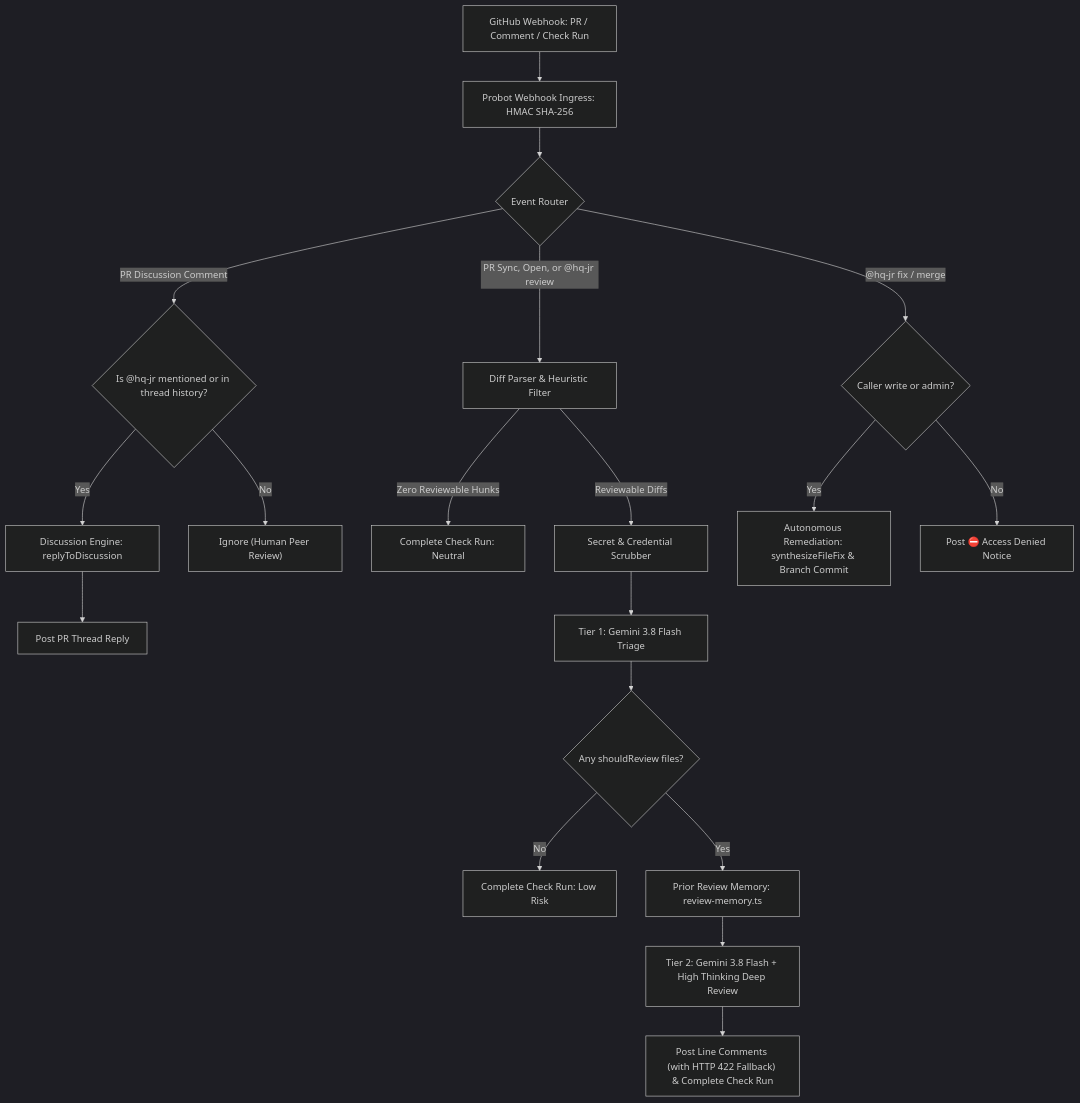
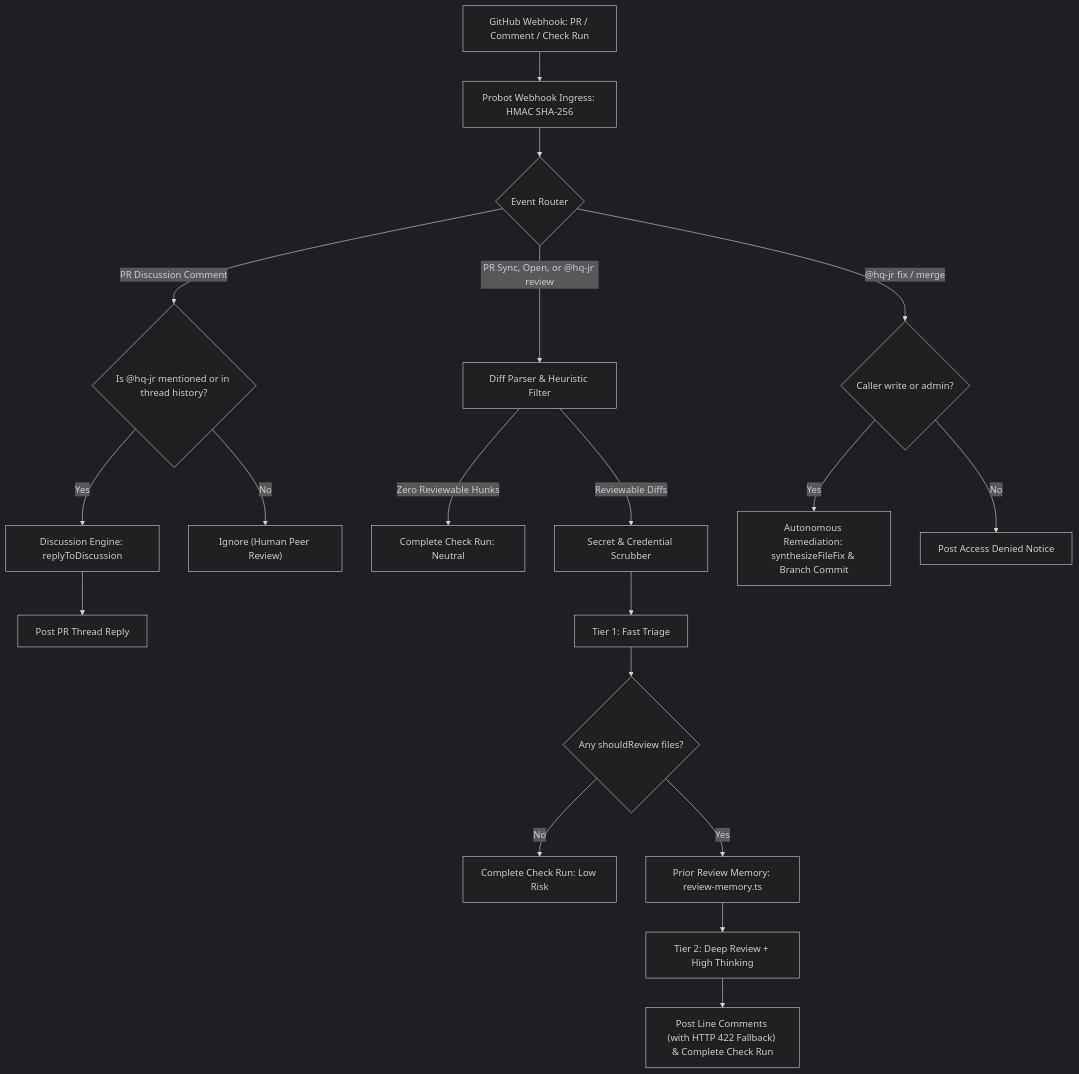
One commit to adi-IL/hq-jr changed the diagram in README.md. Above: the diagram before and after it, drawn with Mermaid (dark theme). The commit also changed other lines of this file and 10 other files, not shown here.

````diff
--- a/README.md
+++ b/README.md
@@ -45,26 +51,26 @@
 ```mermaid
 flowchart TD
     PR["GitHub Webhook: PR / Comment / Check Run"] --> Ingress["Probot Webhook Ingress: HMAC SHA-256"]
     Ingress --> Route{"Event Router"}
     
     Route -->|"PR Discussion Comment"| AntiHijack{"Is @hq-jr mentioned or in thread history?"}
     AntiHijack -->|"Yes"| Disc["Discussion Engine: replyToDiscussion"]
     Disc --> PostReply["Post PR Thread Reply"]
     AntiHijack -->|"No"| Ignore["Ignore (Human Peer Review)"]
     
     Route -->|"PR Sync, Open, or @hq-jr review"| Filter["Diff Parser & Heuristic Filter"]
     Filter -->|"Zero Reviewable Hunks"| FastPass["Complete Check Run: Neutral"]
     Filter -->|"Reviewable Diffs"| Scrubber["Secret & Credential Scrubber"]
-    Scrubber --> Tier1["Tier 1: Gemini 3.8 Flash Triage"]
+    Scrubber --> Tier1["Tier 1: Fast Triage"]
     
     Tier1 --> TriageDecision{"Any shouldReview files?"}
     TriageDecision -->|"No"| LowRiskExit["Complete Check Run: Low Risk"]
     TriageDecision -->|"Yes"| Memory["Prior Review Memory: review-memory.ts"]
-    Memory --> Tier2["Tier 2: Gemini 3.8 Flash + High Thinking Deep Review"]
+    Memory --> Tier2["Tier 2: Deep Review + High Thinking"]
     
     Tier2 --> Output["Post Line Comments (with HTTP 422 Fallback) & Complete Check Run"]
     
     Route -->|"@hq-jr fix / merge"| RBAC{"Caller write or admin?"}
     RBAC -->|"Yes"| Remediate["Autonomous Remediation: synthesizeFileFix & Branch Commit"]
-    RBAC -->|"No"| Deny["Post ⛔ Access Denied Notice"]
+    RBAC -->|"No"| Deny["Post Access Denied Notice"]
 ```
````
